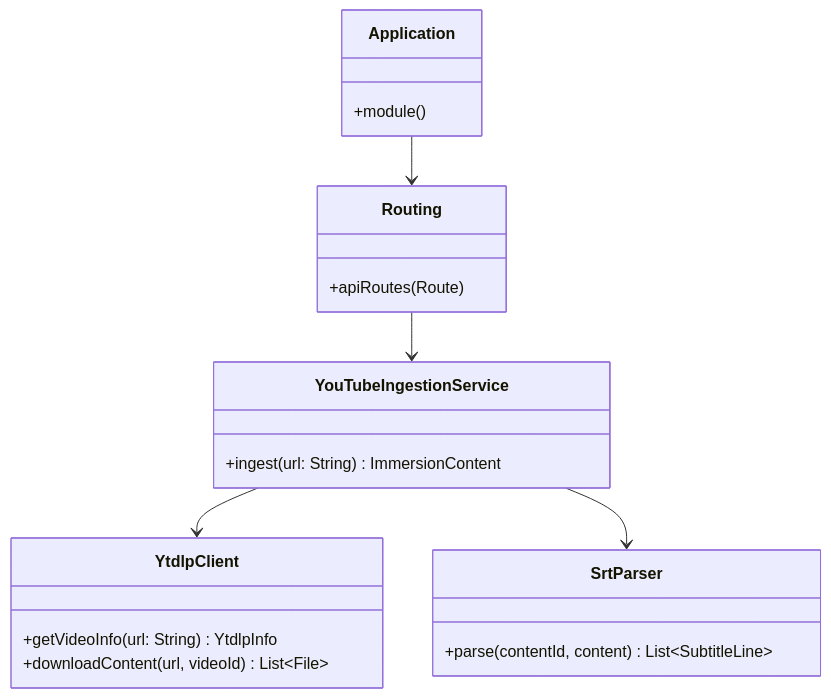
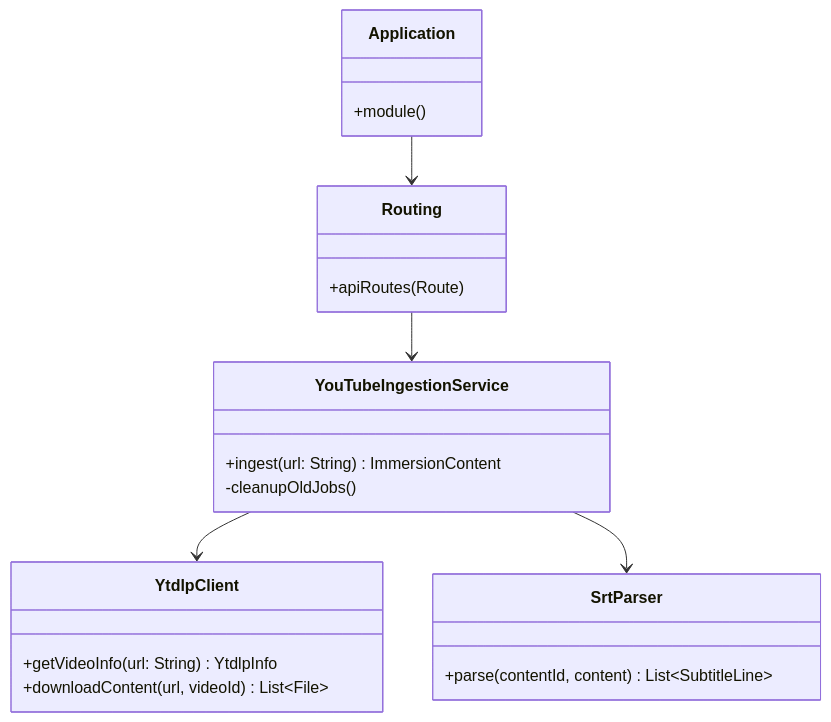
Before and after one commit to ursusandwolf/langkraft: the first of 6 diagrams in docs/UML.md, drawn with Mermaid. The commit also changed other lines of this file and 27 other files, not shown here.

````diff
--- a/docs/UML.md
+++ b/docs/UML.md
@@ -5,24 +5,25 @@
 ```mermaid
 classDiagram
     class Application {
         +module()
     }
     class Routing {
         +apiRoutes(Route)
     }
     class YouTubeIngestionService {
         +ingest(url: String) ImmersionContent
+        -cleanupOldJobs()
     }
     class YtdlpClient {
         +getVideoInfo(url: String) YtdlpInfo
         +downloadContent(url, videoId) List~File~
     }
     class SrtParser {
         +parse(contentId, content) List~SubtitleLine~
     }
 
     Application --> Routing
     Routing --> YouTubeIngestionService
     YouTubeIngestionService --> YtdlpClient
     YouTubeIngestionService --> SrtParser
 ```
````
